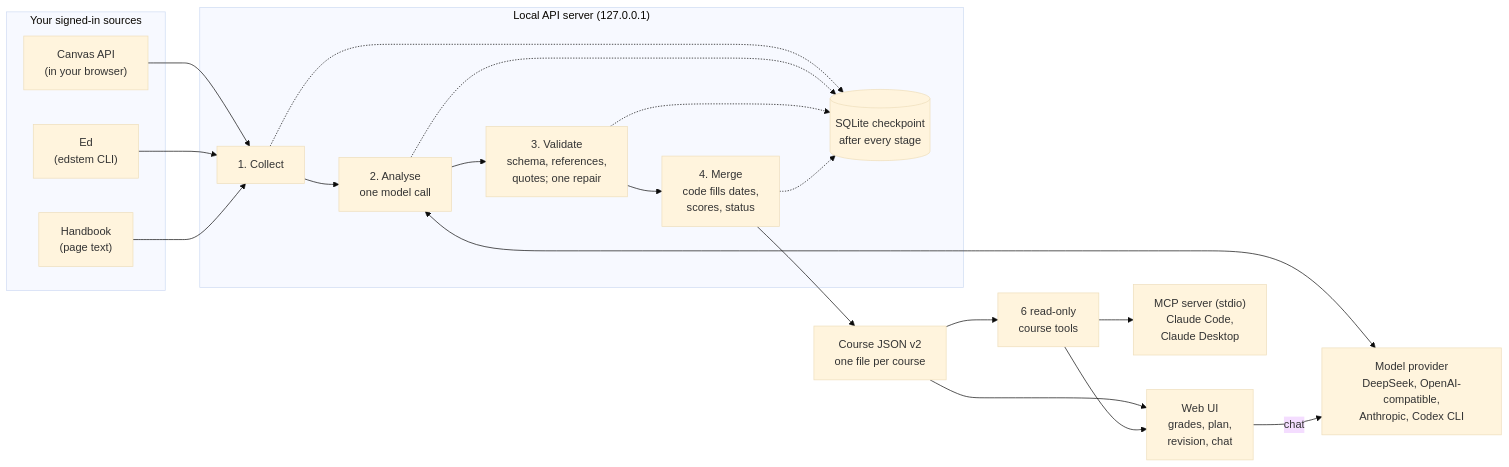
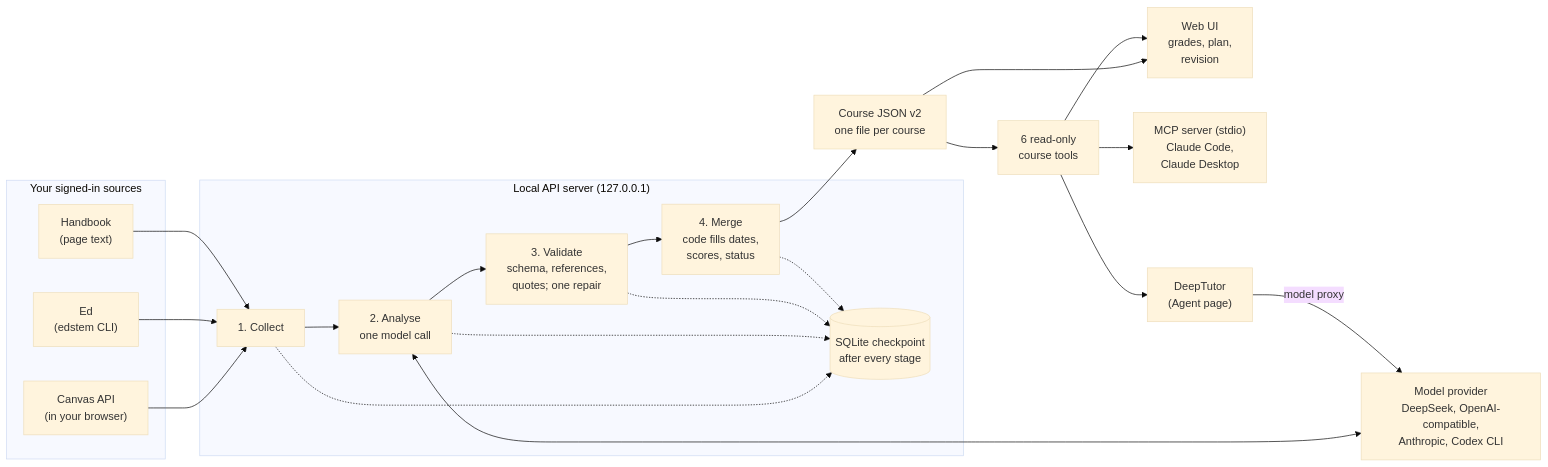
The diagram in README.md (MortyYJT/studyorbit), drawn with Mermaid (base theme) before and after one commit. The commit also changed other lines of this file and 94 other files, not shown here.

First line of the commit message:
refactor(agent): remove the self-built chat (#299)

````diff
--- a/README.md
+++ b/README.md
@@ -35,30 +40,31 @@
 ```mermaid
 flowchart LR
     subgraph sources["Your signed-in sources"]
         canvas["Canvas API<br/>(in your browser)"]
         ed["Ed<br/>(edstem CLI)"]
         handbook["Handbook<br/>(page text)"]
     end
 
     subgraph server["Local API server (127.0.0.1)"]
         collect["1. Collect"] --> analyse["2. Analyse<br/>one model call"]
         analyse --> validate["3. Validate<br/>schema, references,<br/>quotes; one repair"]
         validate --> merge["4. Merge<br/>code fills dates,<br/>scores, status"]
         db[("SQLite checkpoint<br/>after every stage")]
         collect -.-> db
         analyse -.-> db
         validate -.-> db
         merge -.-> db
     end
 
     canvas --> collect
     ed --> collect
     handbook --> collect
     analyse <--> provider["Model provider<br/>DeepSeek, OpenAI-compatible,<br/>Anthropic, Codex CLI"]
     merge --> files["Course JSON v2<br/>one file per course"]
     files --> tools["6 read-only<br/>course tools"]
-    files --> web["Web UI<br/>grades, plan,<br/>revision, chat"]
+    files --> web["Web UI<br/>grades, plan,<br/>revision"]
     tools --> web
     tools --> mcp["MCP server (stdio)<br/>Claude Code,<br/>Claude Desktop"]
-    web -- chat --> provider
+    tools --> assistant["DeepTutor<br/>(Agent page)"]
+    assistant -- model proxy --> provider
 ```
````
